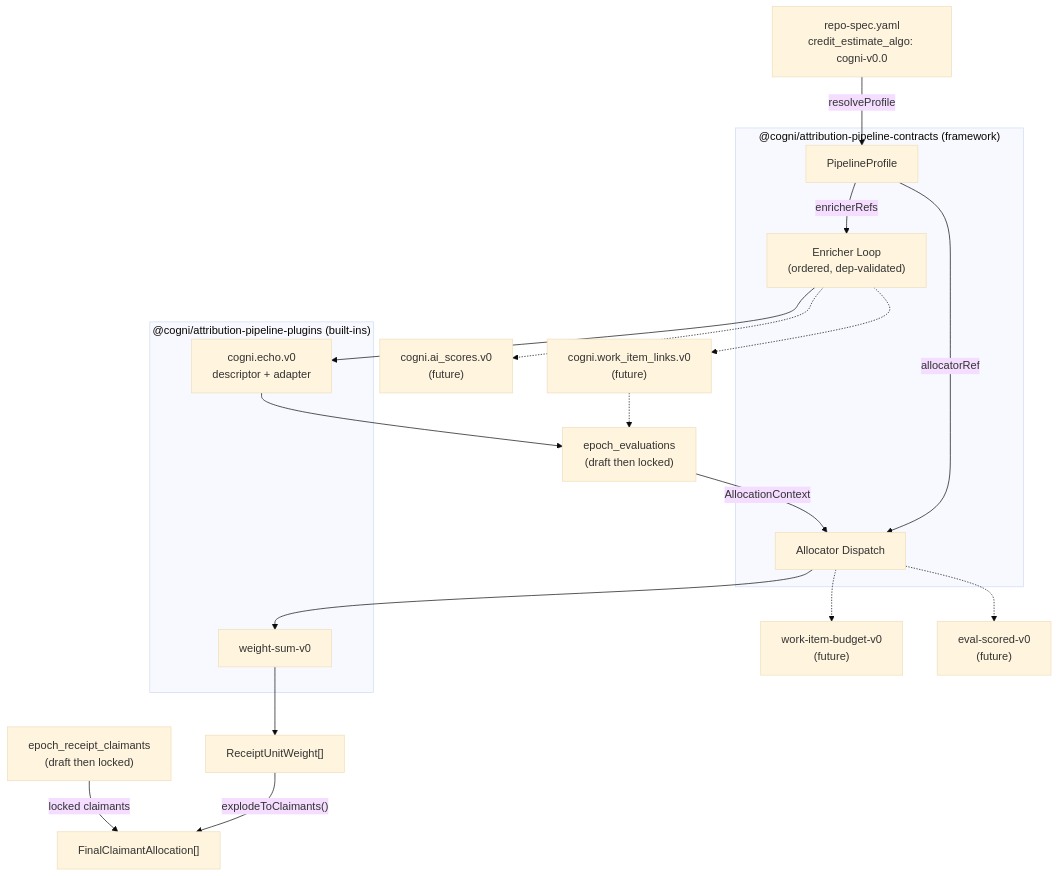
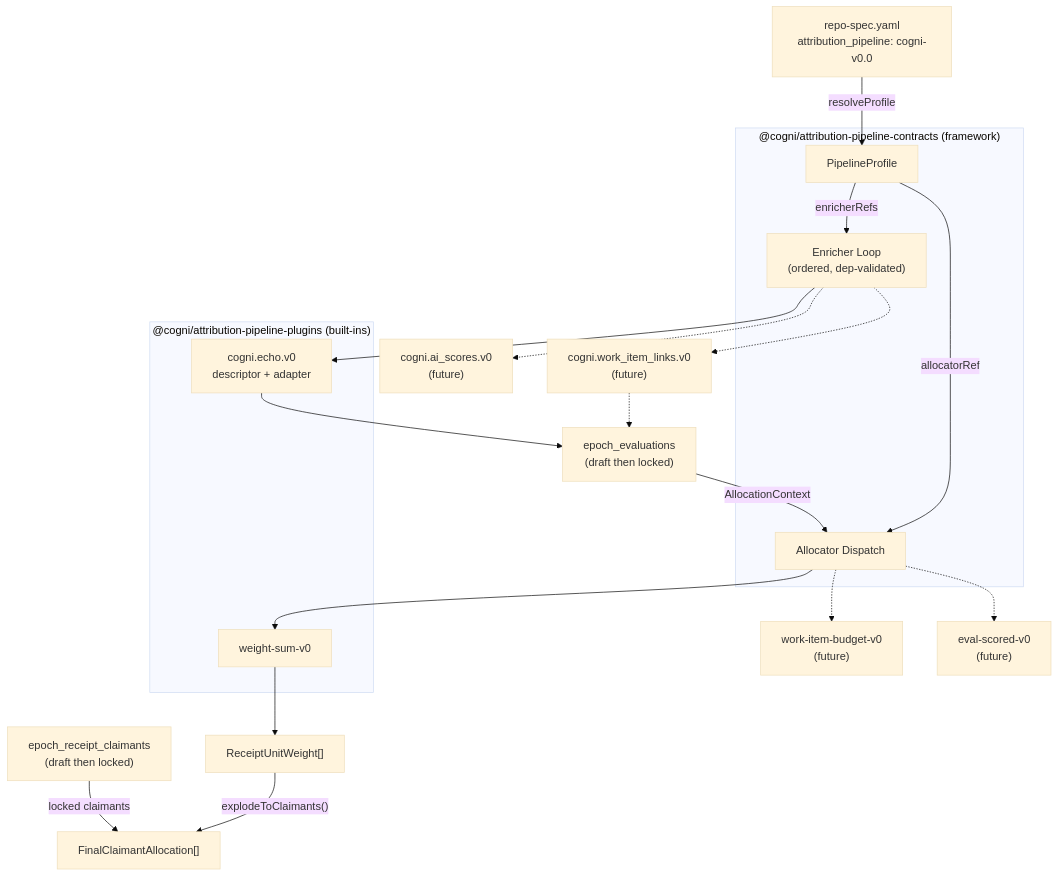
Before and after one commit to Cogni-DAO/node-template: the diagram in docs/spec/plugin-attribution-pipeline.md, drawn with Mermaid (base theme). The commit also changed other lines of this file and 55 other files, not shown here.

Commit message:
fix(attribution): pipeline fixing — override wiring, skip-unchanged, dedup, rename, prune (#509)

````diff
--- a/docs/spec/plugin-attribution-pipeline.md
+++ b/docs/spec/plugin-attribution-pipeline.md
@@ -35,34 +36,34 @@
 ```mermaid
 graph TD
-    RS["repo-spec.yaml<br/>credit_estimate_algo: cogni-v0.0"] -->|resolveProfile| P["PipelineProfile"]
+    RS["repo-spec.yaml<br/>attribution_pipeline: cogni-v0.0"] -->|resolveProfile| P["PipelineProfile"]
     P -->|enricherRefs| EL["Enricher Loop<br/>(ordered, dep-validated)"]
     P -->|allocatorRef| AD["Allocator Dispatch"]
 
     EL --> E1["cogni.echo.v0<br/>descriptor + adapter"]
     EL -.-> E3["cogni.work_item_links.v0<br/>(future)"]
     EL -.-> E4["cogni.ai_scores.v0<br/>(future)"]
 
     E1 --> EV["epoch_evaluations<br/>(draft then locked)"]
     E3 -.-> EV
 
     EV -->|AllocationContext| AD
     AD --> WS["weight-sum-v0"]
     AD -.-> WB["work-item-budget-v0<br/>(future)"]
     AD -.-> ES["eval-scored-v0<br/>(future)"]
 
     WS --> RW["ReceiptUnitWeight[]"]
     RW -->|"explodeToClaimants()"| FC["FinalClaimantAllocation[]"]
 
     CL["epoch_receipt_claimants<br/>(draft then locked)"] -->|locked claimants| FC
 
     subgraph "@cogni/attribution-pipeline-contracts (framework)"
         P
         EL
         AD
     end
 
     subgraph "@cogni/attribution-pipeline-plugins (built-ins)"
         E1
         WS
     end
 ```
````
